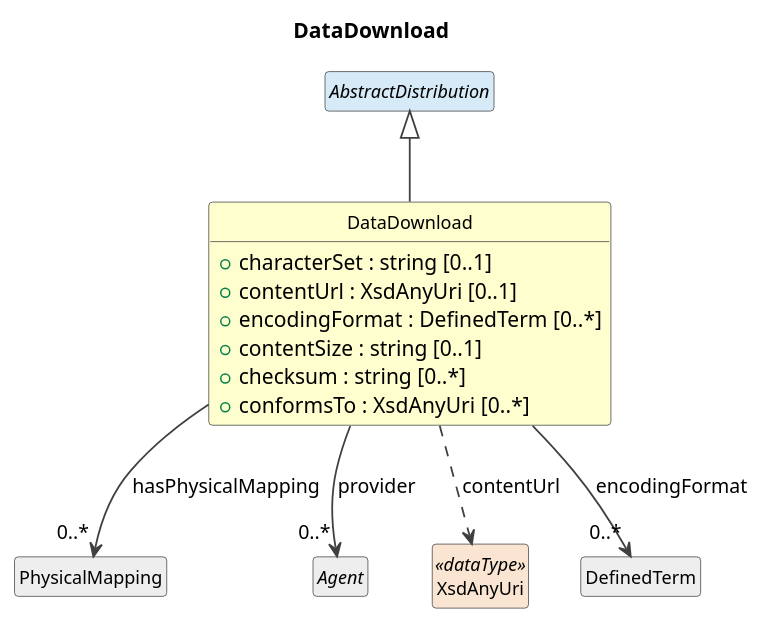
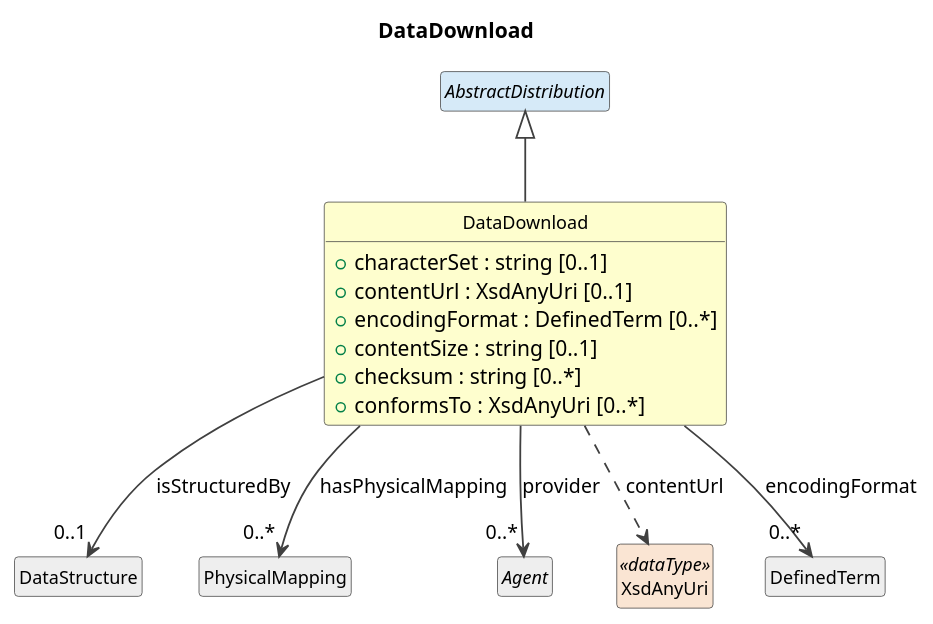
Before and after one commit to Cross-Domain-Interoperability-Framework/metadataBuildingBlocks: the diagram in cdif-uml-model/CDIFDataStructure/Classes/DataDownload.pu, drawn with PlantUML. The commit also changed 29 other files, not shown here.

First line of the commit message:
Regenerate DataStructure model browser: DataDownload isStructuredBy + InstanceVariable uses

```diff
--- a/cdif-uml-model/CDIFDataStructure/Classes/DataDownload.pu
+++ b/cdif-uml-model/CDIFDataStructure/Classes/DataDownload.pu
@@ -1,32 +1,34 @@
 @startuml
 title DataDownload
 hide circle
 hide empty members
 skinparam shadowing false
 skinparam ArrowThickness 1.2
 skinparam class {
   ArrowColor #404040
   BorderColor #404040
   FontSize 12
 }
 
 class "DataDownload" as DataDownload #FEFECE {
   +characterSet : string [0..1]
   +contentUrl : XsdAnyUri [0..1]
   +encodingFormat : DefinedTerm [0..*]
   +contentSize : string [0..1]
   +checksum : string [0..*]
   +conformsTo : XsdAnyUri [0..*]
 }
 abstract class "AbstractDistribution" as AbstractDistribution #D6EAF8
 AbstractDistribution <|-- DataDownload
+class "DataStructure" as DataStructure #EEEEEE
+DataDownload --> "0..1" DataStructure : isStructuredBy
 class "PhysicalMapping" as PhysicalMapping #EEEEEE
 DataDownload --> "0..*" PhysicalMapping : hasPhysicalMapping
 abstract class "Agent" as Agent #EEEEEE
 DataDownload --> "0..*" Agent : provider
 class "XsdAnyUri" as XsdAnyUri <<dataType>> #FAE5D3
 DataDownload ..> XsdAnyUri : contentUrl
 class "DefinedTerm" as DefinedTerm #EEEEEE
 DataDownload --> "0..*" DefinedTerm : encodingFormat
 
 @enduml
```
